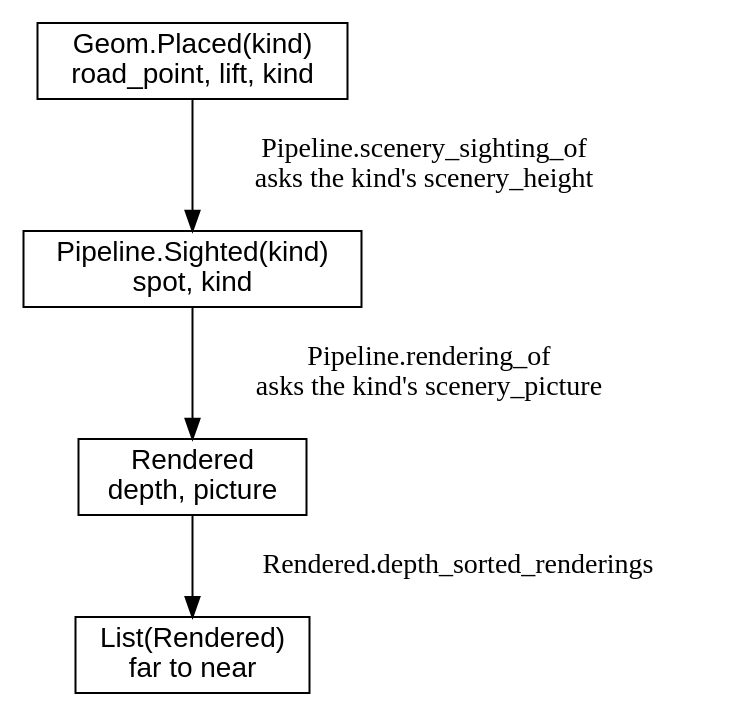
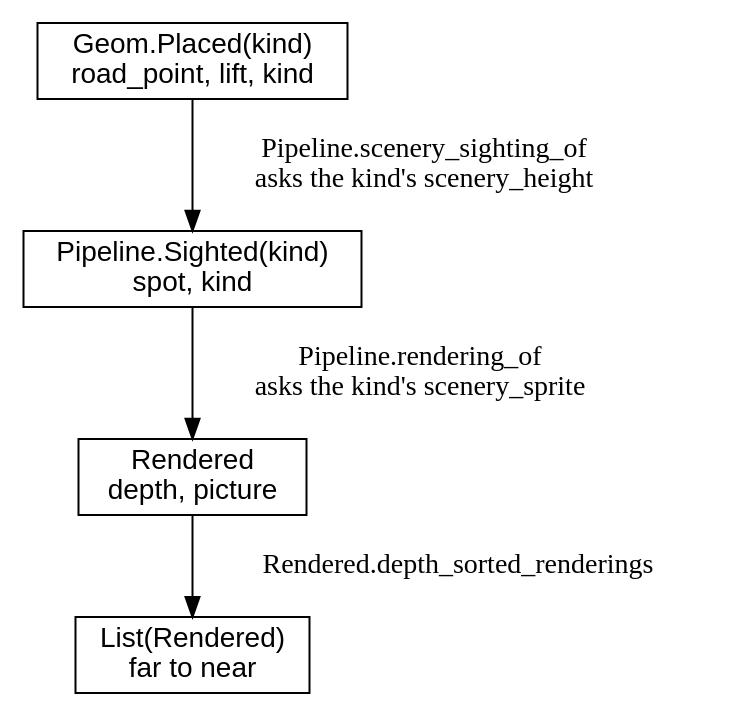
One commit to showell/roc-apps changed the fifth of 29 diagrams in canvas_apps/safari/tutorial/tutorial.md. Above: the diagram before and after it, drawn with Graphviz. The commit also changed other lines of this file and 27 other files, not shown here.

First line of the commit message:
Safari: rename Picture to Sprite

````diff
--- a/canvas_apps/safari/tutorial/tutorial.md
+++ b/canvas_apps/safari/tutorial/tutorial.md
@@ -438,12 +438,12 @@
 ```dot
 digraph forms {
   node [shape=box, fontname="Helvetica"];
   placed [label="Geom.Placed(kind)\nroad_point, lift, kind"];
   sighted [label="Pipeline.Sighted(kind)\nspot, kind"];
   rendered [label="Rendered\ndepth, picture"];
   sorted [label="List(Rendered)\nfar to near"];
   placed -> sighted [label="  Pipeline.scenery_sighting_of\n  asks the kind's scenery_height"];
-  sighted -> rendered [label="  Pipeline.rendering_of\n  asks the kind's scenery_picture"];
+  sighted -> rendered [label="  Pipeline.rendering_of\n  asks the kind's scenery_sprite"];
   rendered -> sorted [label="  Rendered.depth_sorted_renderings"];
 }
 ```
````
